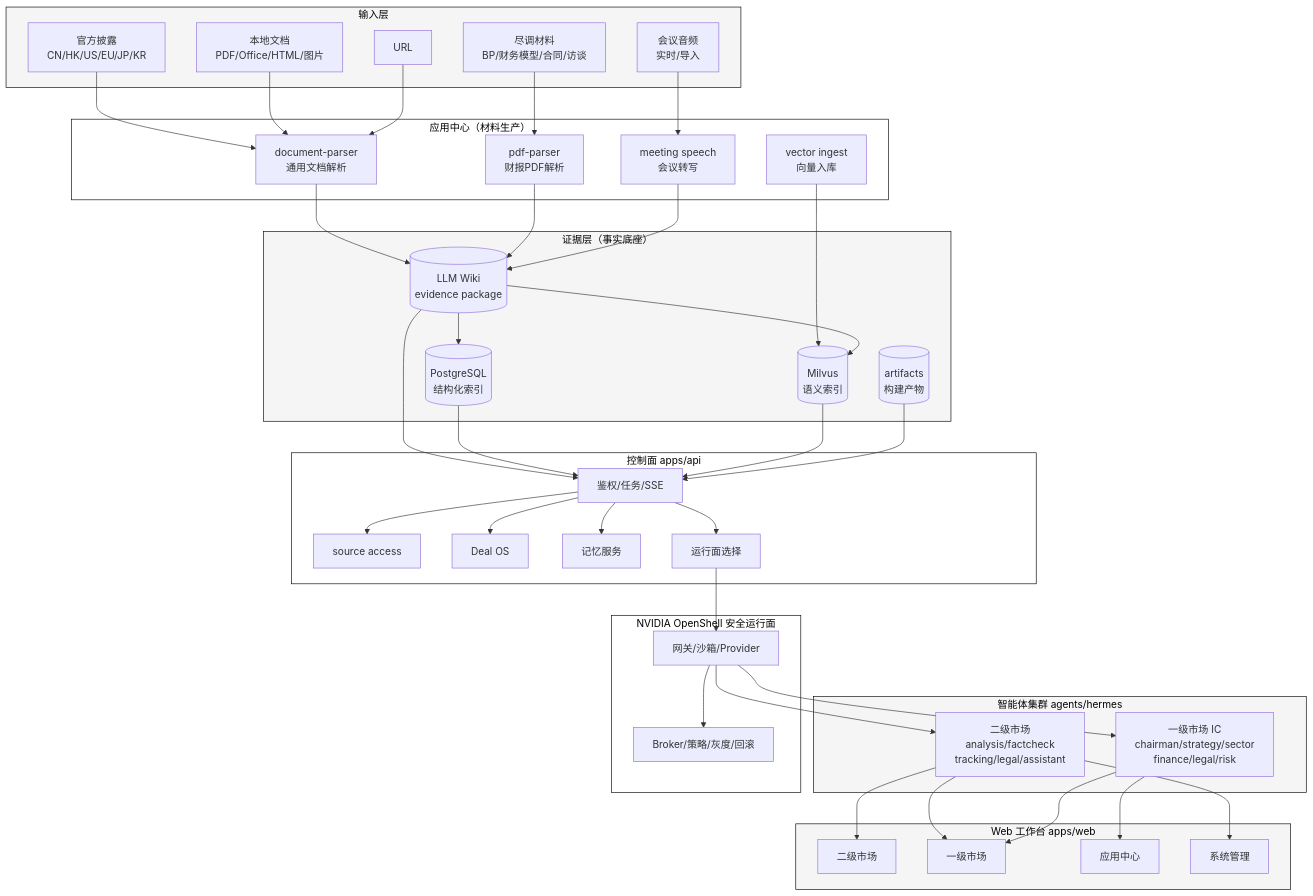
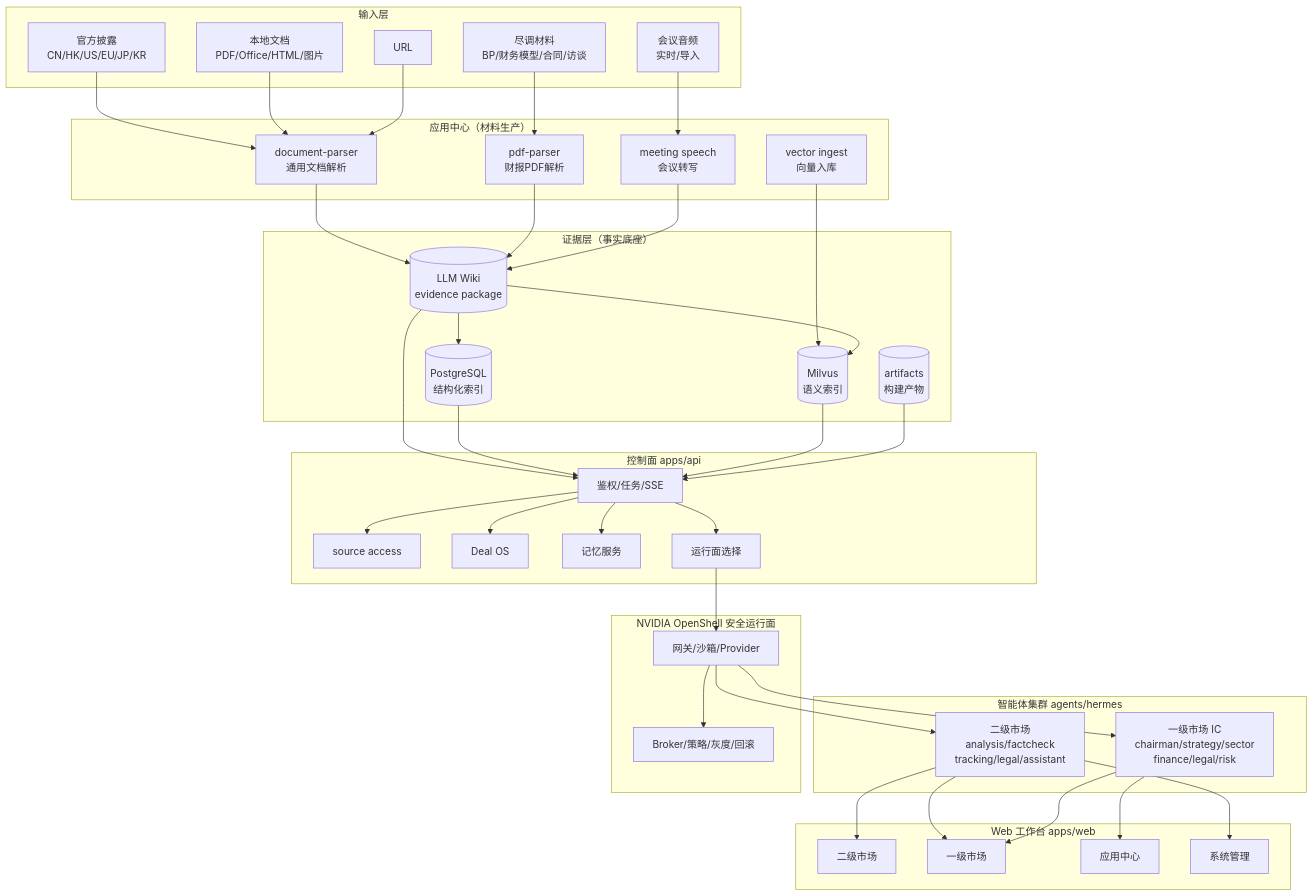
Before and after one commit to maoyadongsh/siq-research-engine: the first of 3 diagrams in docs/site/architecture/overview.md, drawn with Mermaid. The commit also changed other lines of this file and 5 other files, not shown here.

First line of the commit message:
docs: make mermaid diagrams theme-aware for dark mode

````diff
--- a/docs/site/architecture/overview.md
+++ b/docs/site/architecture/overview.md
@@ -80,11 +80,4 @@
     E2 --> G3
     E1 --> G4
 
-    style Inputs fill:#f5f5f5,stroke:#000,color:#000
-    style AppCenter fill:#fff,stroke:#000,color:#000
-    style Evidence fill:#f5f5f5,stroke:#000,color:#000
-    style ControlPlane fill:#fff,stroke:#000,color:#000
-    style Agents fill:#f5f5f5,stroke:#000,color:#000
-    style OpenShell fill:#fff,stroke:#000,color:#000
-    style Web fill:#f5f5f5,stroke:#000,color:#000
 ```
````
